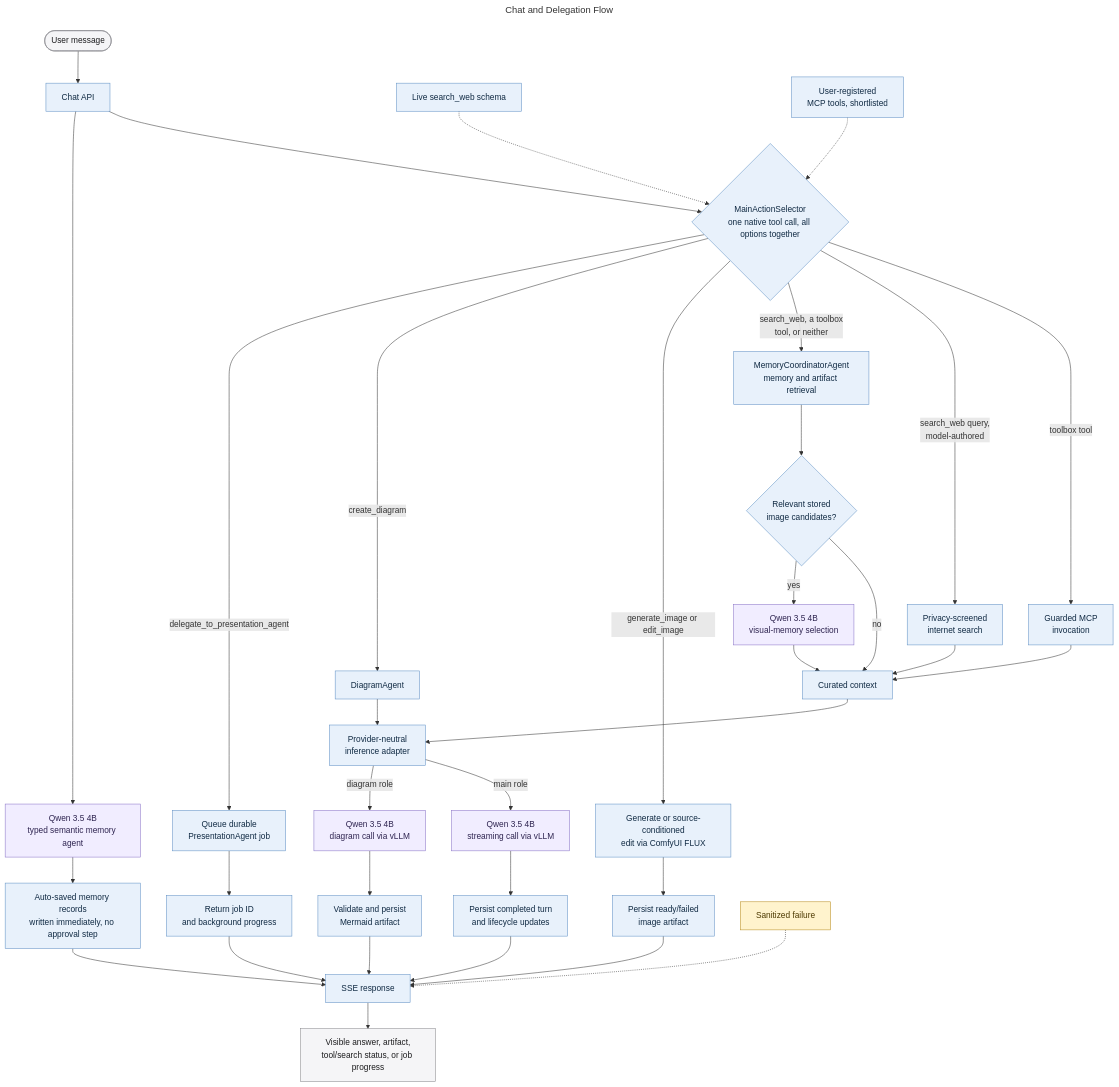
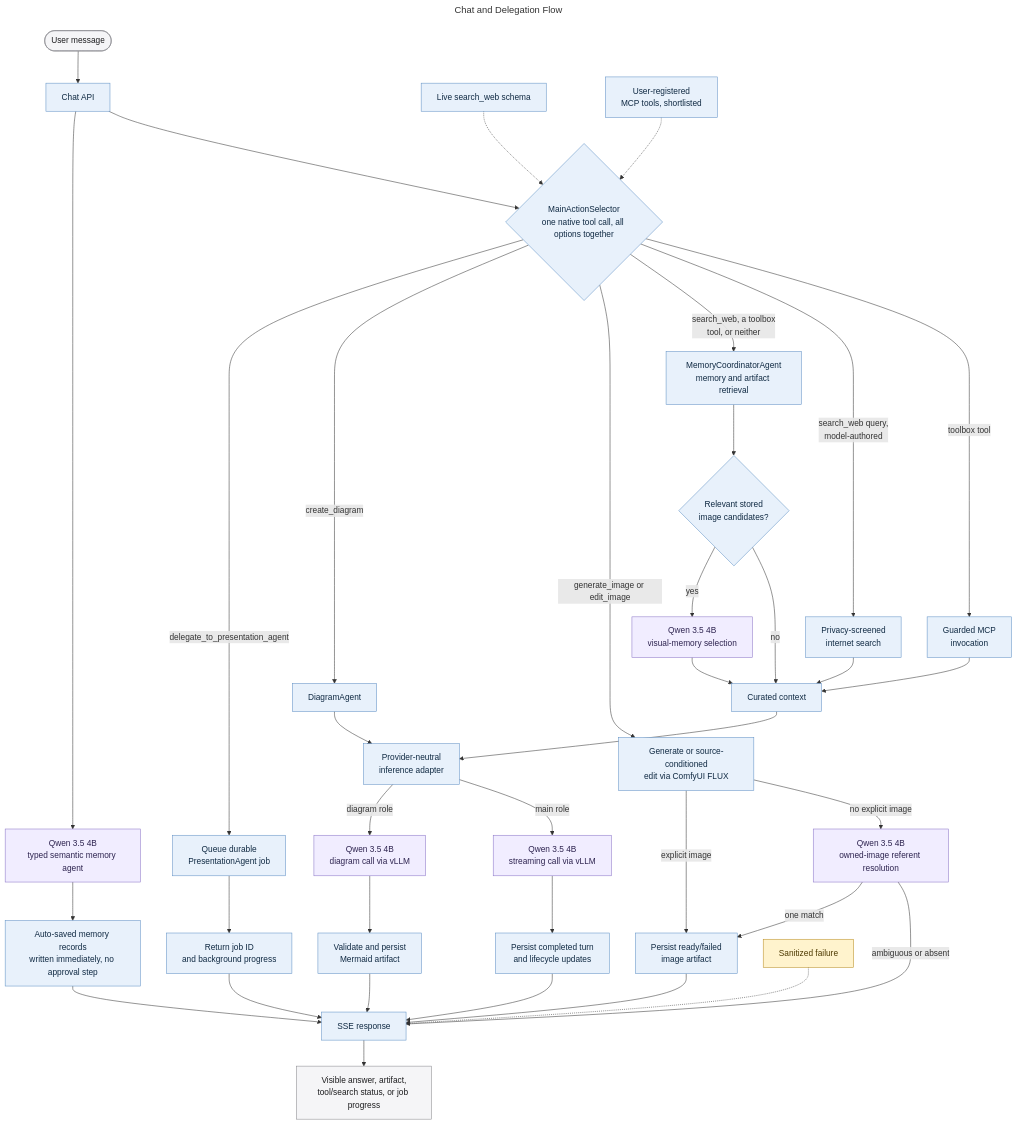
Before and after one commit to MallyaAni/PersonalAssistant: the diagram in docs/diagrams/chat-orchestration.mmd, drawn with Mermaid. The commit also changed 33 other files, not shown here.

Commit message:
Add semantic artifact referent resolution

```diff
--- a/docs/diagrams/chat-orchestration.mmd
+++ b/docs/diagrams/chat-orchestration.mmd
@@ -1,53 +1,56 @@
 ---
 title: Chat and Delegation Flow
 ---
 flowchart TB
     User([User message]) --> API[Chat API]
     API --> Interest[Qwen 3.5 4B<br/>typed semantic memory agent]
     Interest --> Proposal[Auto-saved memory records<br/>written immediately, no approval step]
     API --> Selector{MainActionSelector<br/>one native tool call, all options together}
     Search_Tool[Live search_web schema] -.-> Selector
     Toolbox[User-registered<br/>MCP tools, shortlisted] -.-> Selector
 
     Selector -->|delegate_to_presentation_agent| Presentation[Queue durable<br/>PresentationAgent job]
     Presentation --> Progress[Return job ID<br/>and background progress]
 
     Selector -->|create_diagram| Diagram[DiagramAgent]
     Diagram --> Inference[Provider-neutral<br/>inference adapter]
     Inference -->|diagram role| DiagramModel[Qwen 3.5 4B<br/>diagram call via vLLM]
     DiagramModel --> Artifact[Validate and persist<br/>Mermaid artifact]
 
     Selector -->|generate_image or edit_image| ImageAction[Generate or source-conditioned<br/>edit via ComfyUI FLUX]
-    ImageAction --> ImageArtifact[Persist ready/failed<br/>image artifact]
+    ImageAction -->|explicit image| ImageArtifact[Persist ready/failed<br/>image artifact]
+    ImageAction -->|no explicit image| Referent[Qwen 3.5 4B<br/>owned-image referent resolution]
+    Referent -->|one match| ImageArtifact
+    Referent -->|ambiguous or absent| Stream
 
     Selector -->|search_web, a toolbox<br/>tool, or neither| Memory[MemoryCoordinatorAgent<br/>memory and artifact retrieval]
     Memory --> Visual{Relevant stored<br/>image candidates?}
     Visual -->|yes| VisualPolicy[Qwen 3.5 4B<br/>visual-memory selection]
     Visual -->|no| Context[Curated context]
     VisualPolicy --> Context
     Selector -->|search_web query,<br/>model-authored| Search[Privacy-screened<br/>internet search]
     Selector -->|toolbox tool| MCP[Guarded MCP<br/>invocation]
     MCP --> Context
     Search --> Context
 
     Context --> Inference
     Inference -->|main role| Main[Qwen 3.5 4B<br/>streaming call via vLLM]
     Main --> Persist[Persist completed turn<br/>and lifecycle updates]
     Persist --> Stream[SSE response]
     Proposal --> Stream
 
     Artifact --> Stream
     ImageArtifact --> Stream
     Progress --> Stream
     Stream --> UI[Visible answer, artifact,<br/>tool/search status, or job progress]
 
     Failure[Sanitized failure] -.-> Stream
 
     classDef interface fill:#f5f5f7,stroke:#86868b,color:#1d1d1f;
     classDef application fill:#e8f1fb,stroke:#5e8fc4,color:#102a43;
     classDef model fill:#f1edff,stroke:#8872c6,color:#2e2450;
     classDef failure fill:#fff3cd,stroke:#b78b20,color:#4d3900;
     class User,UI interface;
     class API,Selector,Search_Tool,Toolbox,Presentation,Progress,Diagram,Artifact,ImageAction,ImageArtifact,Memory,Visual,MCP,Search,Context,Inference,Persist,Stream,Proposal application;
-    class Main,DiagramModel,Interest,VisualPolicy model;
+    class Main,DiagramModel,Interest,VisualPolicy,Referent model;
     class Failure failure;
```
